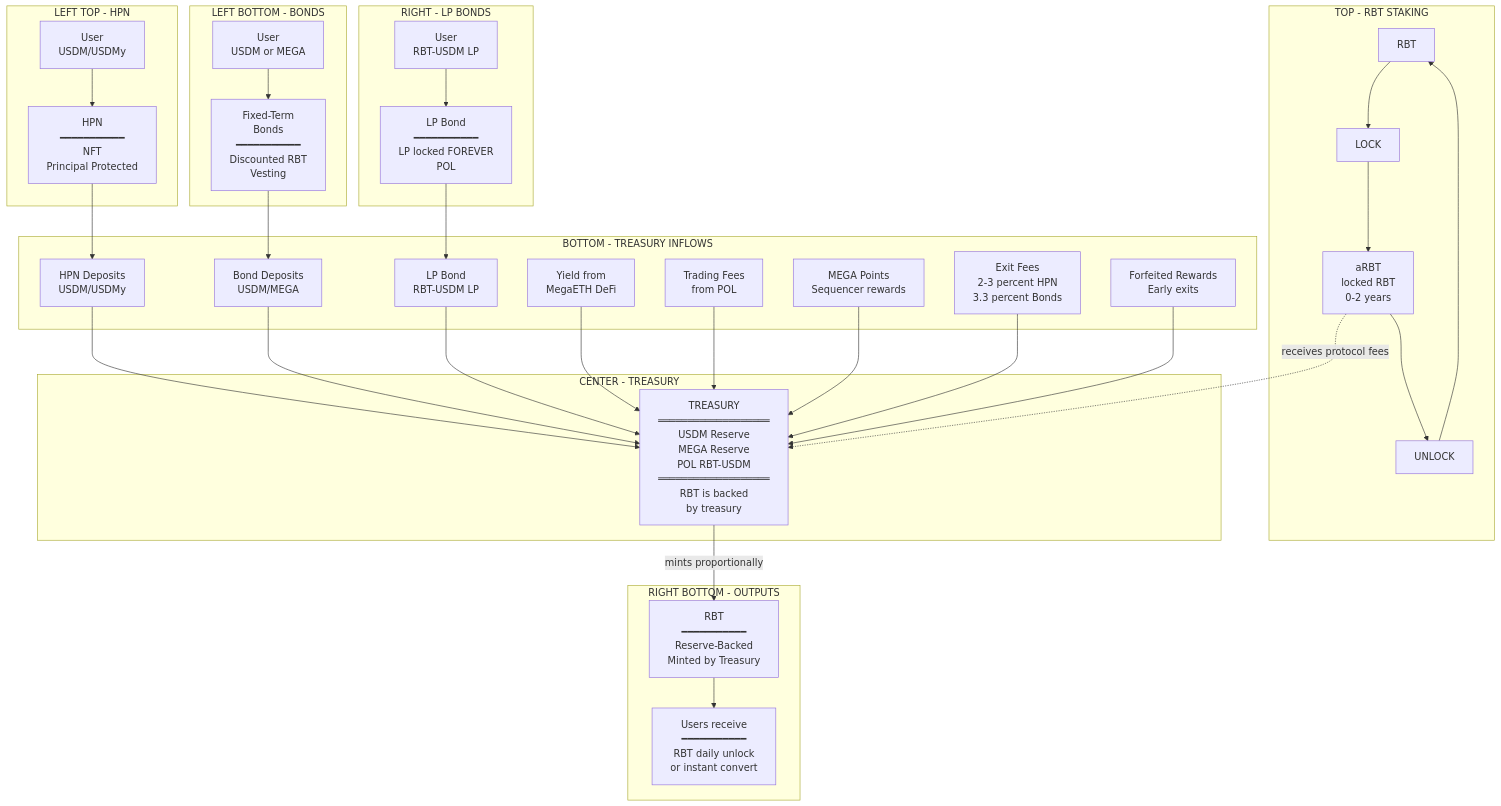
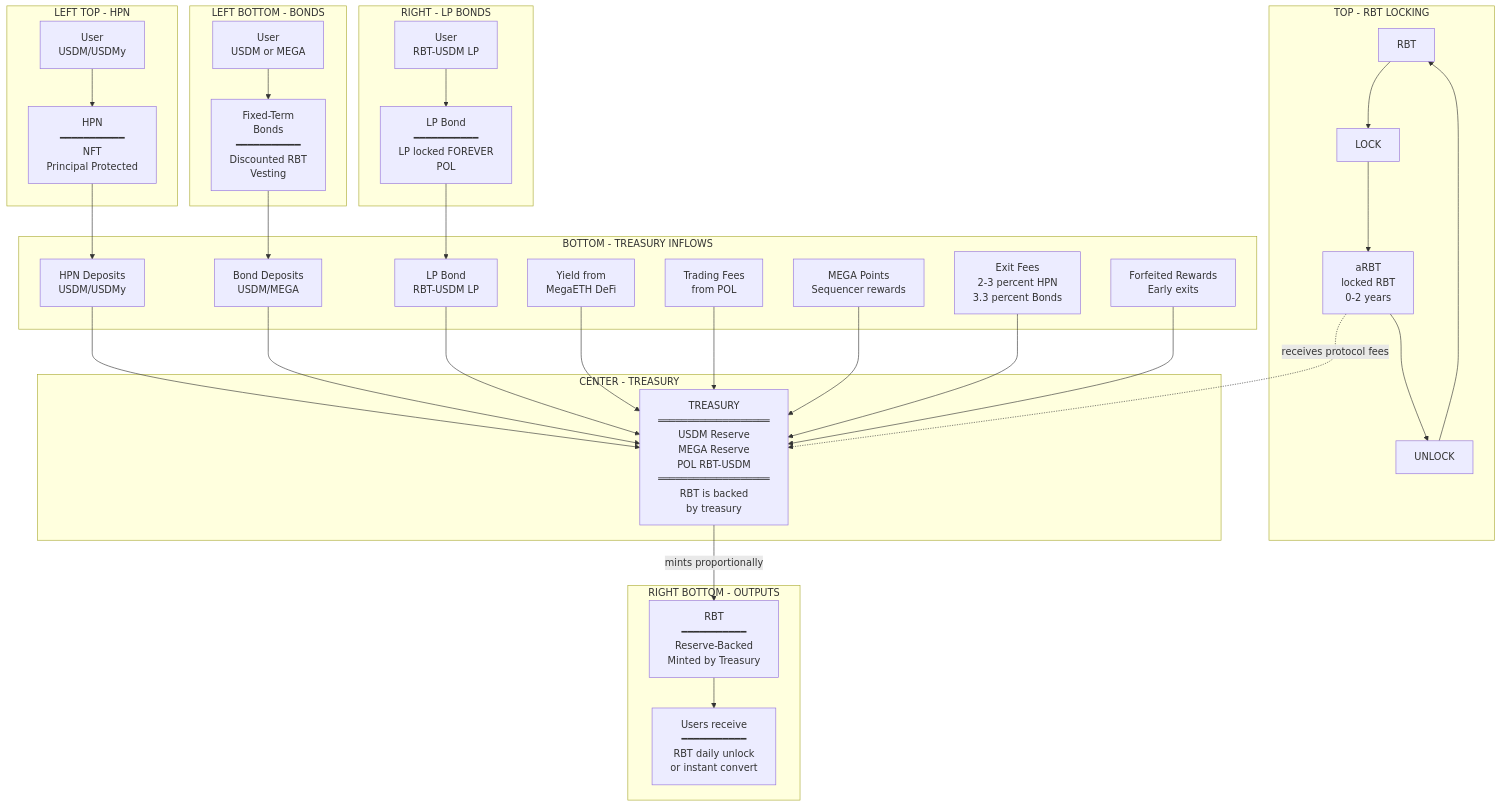
Before and after one commit to 0xJaehaerys/ohmega: the diagram in blackhaven-complete-system.md, drawn with Mermaid.

Commit message:
Fix terminology: RBT STAKING -> RBT LOCKING (it's lock, not stake)

````diff
--- a/blackhaven-complete-system.md
+++ b/blackhaven-complete-system.md
@@ -5,79 +5,79 @@
 ```mermaid
 graph TB
-    subgraph "TOP - RBT STAKING"
+    subgraph "TOP - RBT LOCKING"
         RBT_TOP[RBT]
         LOCK_BTN[LOCK]
         UNLOCK_BTN[UNLOCK]
-        ARBT_STAKED[aRBT<br/>locked RBT<br/>0-2 years]
+        ARBT_LOCKED[aRBT<br/>locked RBT<br/>0-2 years]
         
         RBT_TOP --> LOCK_BTN
-        LOCK_BTN --> ARBT_STAKED
-        ARBT_STAKED --> UNLOCK_BTN
+        LOCK_BTN --> ARBT_LOCKED
+        ARBT_LOCKED --> UNLOCK_BTN
         UNLOCK_BTN --> RBT_TOP
     end
     
     subgraph "LEFT TOP - HPN"
         USER_HPN[User<br/>USDM/USDMy]
         HPN[HPN<br/>━━━━━━━━━━━<br/>NFT<br/>Principal Protected]
         
         USER_HPN --> HPN
     end
     
     subgraph "LEFT BOTTOM - BONDS"
         USER_BONDS[User<br/>USDM or MEGA]
         
         BONDS[Fixed-Term<br/>Bonds<br/>━━━━━━━━━━━<br/>Discounted RBT<br/>Vesting]
         
         USER_BONDS --> BONDS
     end
     
     subgraph "CENTER - TREASURY"
         TREASURY[TREASURY<br/>═══════════════════<br/>USDM Reserve<br/>MEGA Reserve<br/>POL RBT-USDM<br/>═══════════════════<br/>RBT is backed<br/>by treasury]
     end
     
     subgraph "RIGHT - LP BONDS"
         USER_LP[User<br/>RBT-USDM LP]
         
         LP_BONDS[LP Bond<br/>━━━━━━━━━━━<br/>LP locked FOREVER<br/>POL]
         
         USER_LP --> LP_BONDS
     end
     
     subgraph "BOTTOM - TREASURY INFLOWS"
         HPN_DEPOSIT[HPN Deposits<br/>USDM/USDMy]
         BOND_DEPOSIT[Bond Deposits<br/>USDM/MEGA]
         LP_DEPOSIT[LP Bond<br/>RBT-USDM LP]
         
         YIELD_INCOME[Yield from<br/>MegaETH DeFi]
         POL_FEES[Trading Fees<br/>from POL]
         MEGA_REWARDS[MEGA Points<br/>Sequencer rewards]
         EXIT_FEES[Exit Fees<br/>2-3 percent HPN<br/>3.3 percent Bonds]
         FORFEIT[Forfeited Rewards<br/>Early exits]
     end
     
     subgraph "RIGHT BOTTOM - OUTPUTS"
         RBT_OUT[RBT<br/>━━━━━━━━━━━<br/>Reserve-Backed<br/>Minted by Treasury]
         
         USER_GETS[Users receive<br/>━━━━━━━━━━━<br/>RBT daily unlock<br/>or instant convert]
         
         RBT_OUT --> USER_GETS
     end
     
     HPN --> HPN_DEPOSIT
     BONDS --> BOND_DEPOSIT
     LP_BONDS --> LP_DEPOSIT
     
     HPN_DEPOSIT --> TREASURY
     BOND_DEPOSIT --> TREASURY
     LP_DEPOSIT --> TREASURY
     
     YIELD_INCOME --> TREASURY
     POL_FEES --> TREASURY
     MEGA_REWARDS --> TREASURY
     EXIT_FEES --> TREASURY
     FORFEIT --> TREASURY
     
     TREASURY -->|mints proportionally| RBT_OUT
     
-    ARBT_STAKED -.->|receives protocol fees| TREASURY
+    ARBT_LOCKED -.->|receives protocol fees| TREASURY
 ```
````
